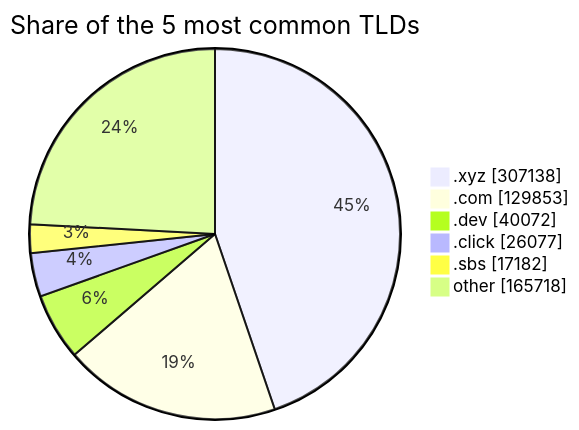
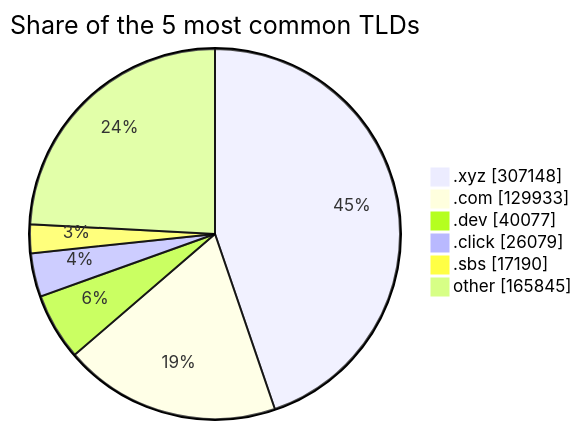
Before and after one commit to DNSBunker/CTI: the third of 3 diagrams in README.md, drawn with Mermaid. The commit also changed other lines of this file and 3 other files, not shown here.

````diff
--- a/README.md
+++ b/README.md
@@ -81,9 +81,9 @@
 ```mermaid
 pie showData title Share of the 5 most common TLDs
-    ".xyz" : 307138
-    ".com" : 129853
-    ".dev" : 40072
-    ".click" : 26077
-    ".sbs" : 17182
-    "other" : 165718
+    ".xyz" : 307148
+    ".com" : 129933
+    ".dev" : 40077
+    ".click" : 26079
+    ".sbs" : 17190
+    "other" : 165845
 ```
````
